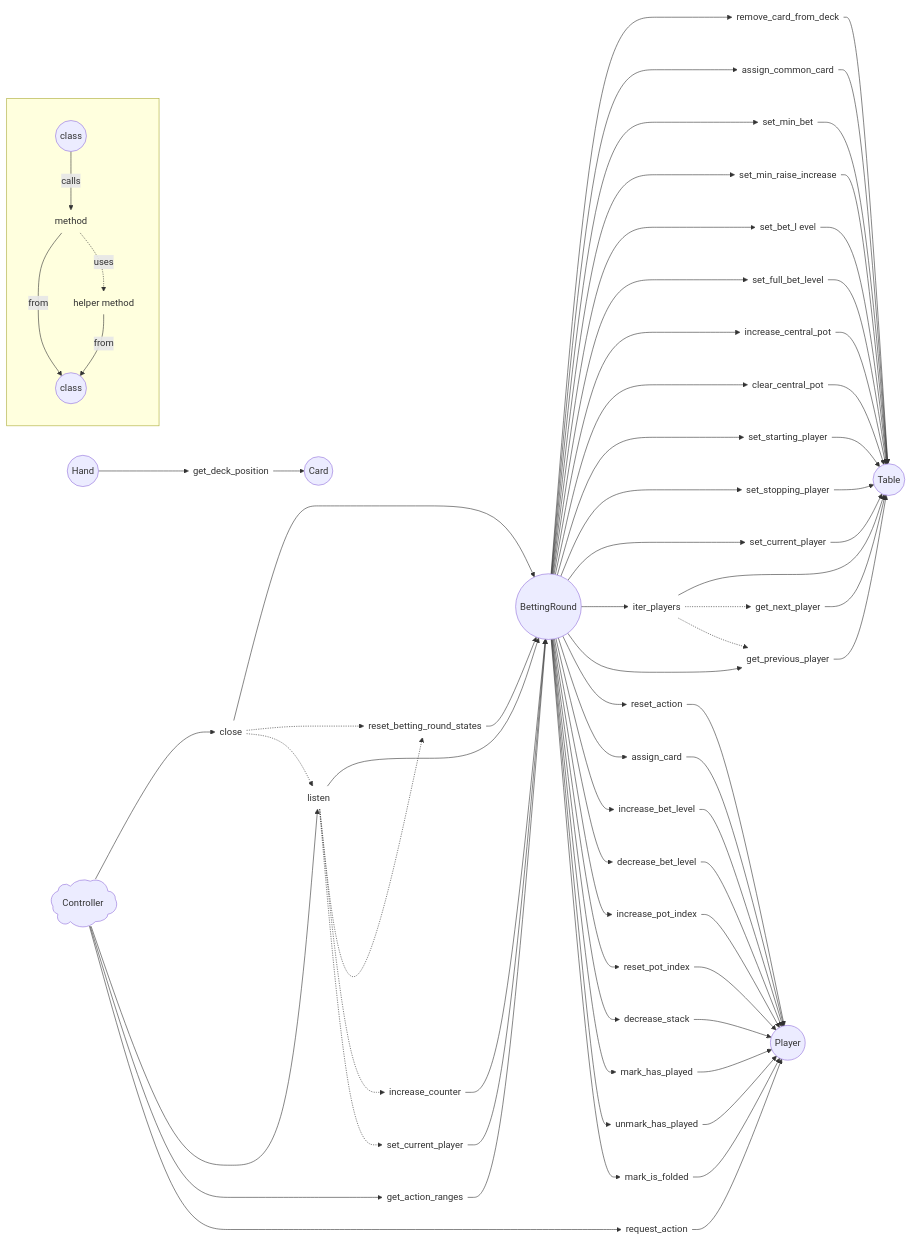
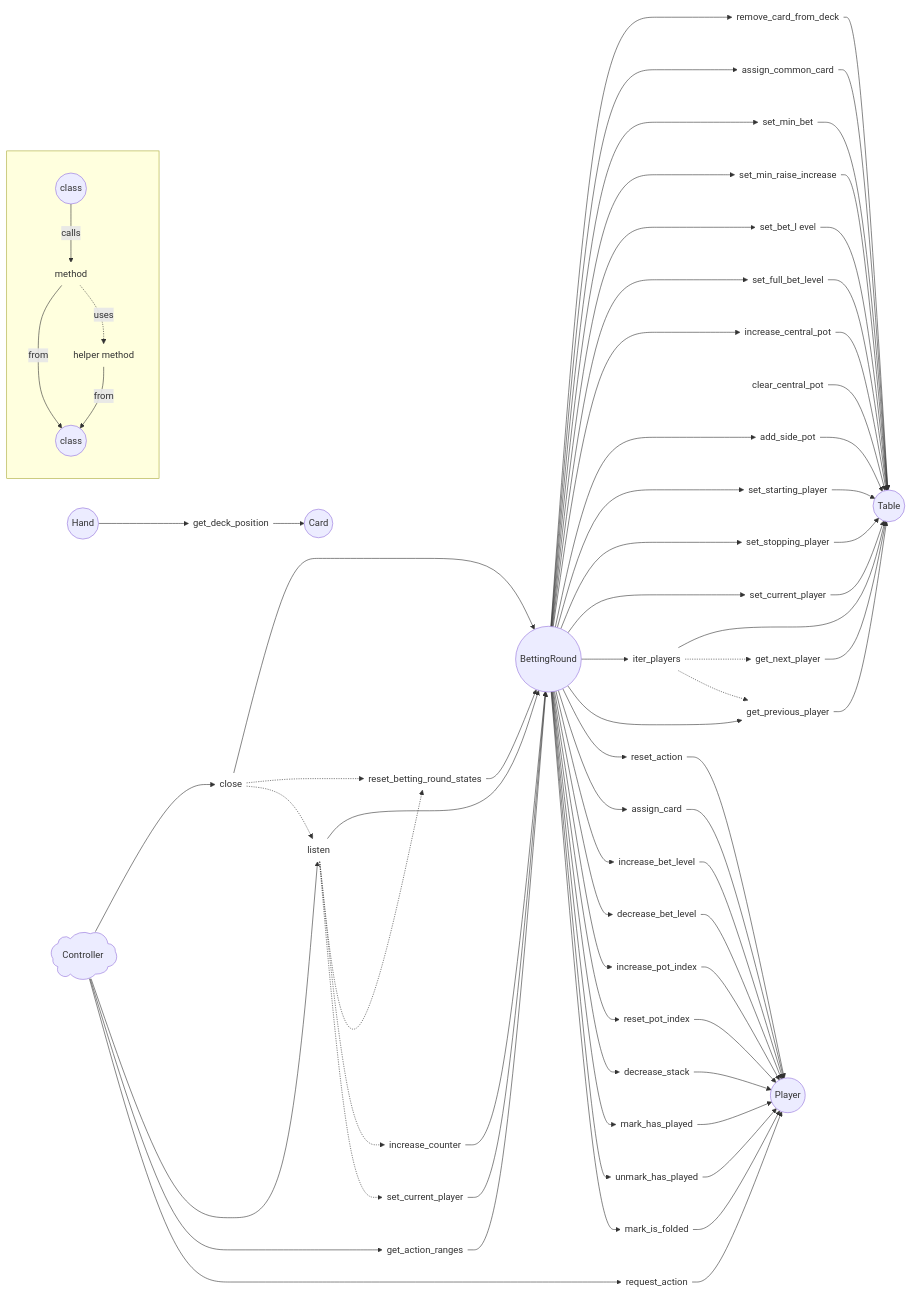
The diagram in MODEL.md (jorsaland/pokerpy), drawn with Mermaid before and after one commit. The commit also changed 1 other file, not shown here.

Commit message:
README and MODEL updated

```diff
--- a/MODEL.md
+++ b/MODEL.md
@@ -134,6 +134,7 @@
     T.set_full_bet_level(set_full_bet_level)@{ shape: text } --> T
     T.increase_central_pot(increase_central_pot)@{ shape: text } --> T
     T.clear_central_pot(clear_central_pot)@{ shape: text } --> T
+    T.add_side_pot(add_side_pot)@{ shape: text } --> T
     T.set_starting_player(set_starting_player)@{ shape: text } --> T
     T.set_stopping_player(set_stopping_player)@{ shape: text } --> T
     T.set_current_player(set_current_player)@{ shape: text } --> T
@@ -177,7 +178,7 @@
     BR --> T.set_bet_level
     BR --> T.set_full_bet_level
     BR --> T.increase_central_pot
-    BR --> T.clear_central_pot
+    BR --> T.add_side_pot
     BR --> T.set_starting_player
     BR --> T.set_stopping_player
     BR --> T.set_current_player
```
